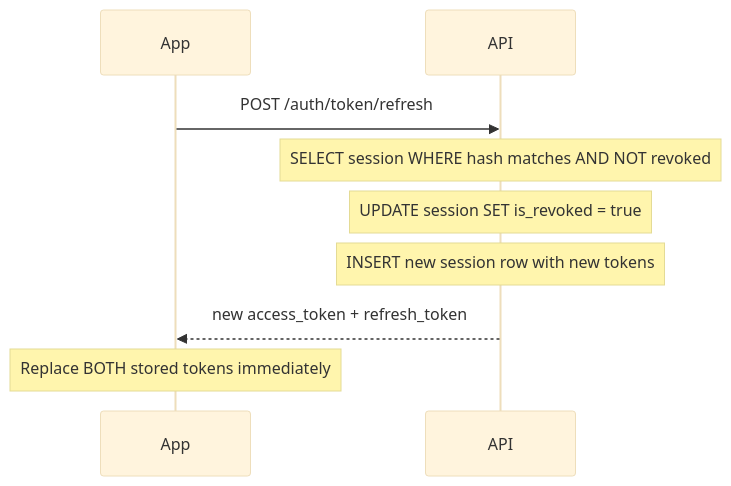
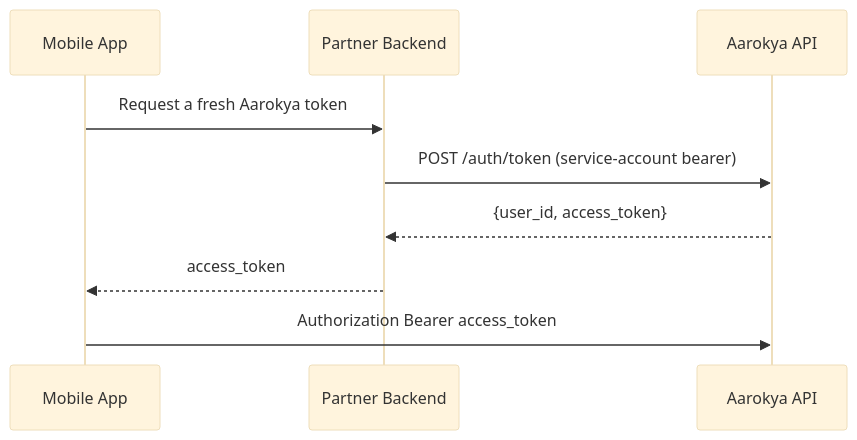
The diagram in api-reference/api/authentication.mdx (anu19981/aarokya-backend), drawn with Mermaid (base theme) before and after one commit. The commit also changed other lines of this file and 82 other files, not shown here.

Commit message:
sync: update api-reference from aarokya-agentic-app

````diff
--- a/api-reference/api/authentication.mdx
+++ b/api-reference/api/authentication.mdx
@@ -221,12 +90,12 @@
 ```mermaid
 sequenceDiagram
-    participant App
-    participant API
+    participant App as Mobile App
+    participant PartnerBE as Partner Backend
+    participant API as Aarokya API
 
-    App->>API: POST /auth/token/refresh
-    Note over API: SELECT session WHERE hash matches AND NOT revoked
-    Note over API: UPDATE session SET is_revoked = true
-    Note over API: INSERT new session row with new tokens
-    API-->>App: new access_token + refresh_token
-    Note over App: Replace BOTH stored tokens immediately
+    App->>PartnerBE: Request a fresh Aarokya token
+    PartnerBE->>API: POST /auth/token (service-account bearer)
+    API-->>PartnerBE: {user_id, access_token}
+    PartnerBE-->>App: access_token
+    App->>API: Authorization Bearer access_token
 ```
````
